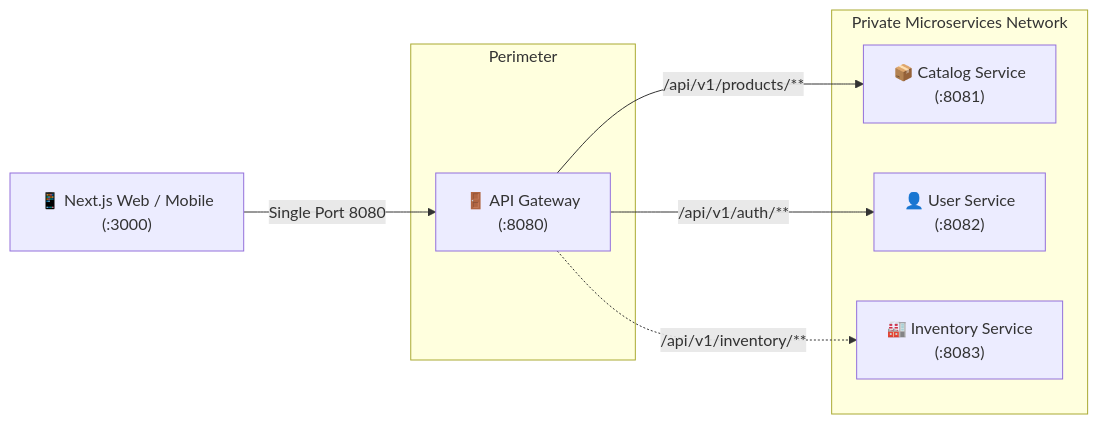
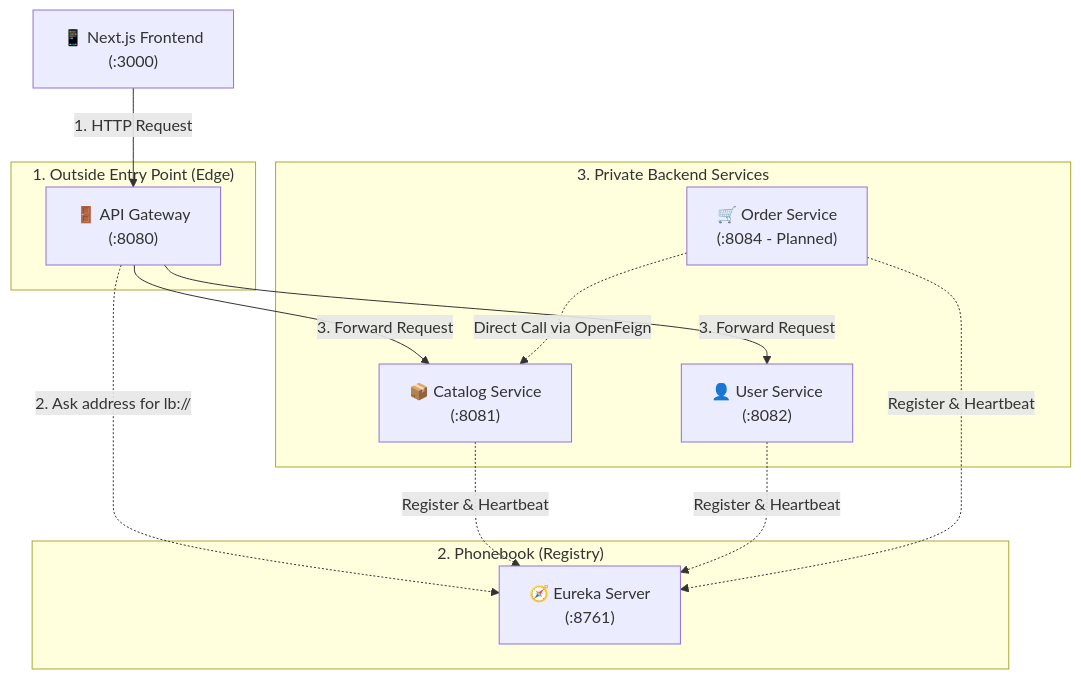
The first of 8 diagrams in FLOW.md (aaron18072002/eSupermarket), drawn with Mermaid before and after one commit. The commit also changed other lines of this file and 35 other files, not shown here.

````diff
--- a/FLOW.md
+++ b/FLOW.md
@@ -9,19 +13,32 @@
 ```mermaid
-graph LR
-    Client["📱 Next.js Web / Mobile\n(:3000)"]
+flowchart TD
+    Client["📱 Next.js Frontend\n(:3000)"]
     
-    subgraph Edge ["Perimeter"]
+    subgraph Edge ["1. Outside Entry Point (Edge)"]
         GW["🚪 API Gateway\n(:8080)"]
     end
 
-    subgraph Backend ["Private Microservices Network"]
+    subgraph Discovery ["2. Phonebook (Registry)"]
+        EUK["🧭 Eureka Server\n(:8761)"]
+    end
+
+    subgraph Internal ["3. Private Backend Services"]
         CS["📦 Catalog Service\n(:8081)"]
         US["👤 User Service\n(:8082)"]
-        IS["🏭 Inventory Service\n(:8083)"]
+        OS["🛒 Order Service\n(:8084 - Planned)"]
     end
 
-    Client -->|Single Port 8080| GW
-    GW -->|/api/v1/products/**| CS
-    GW -->|/api/v1/auth/**| US
-    GW -.->|/api/v1/inventory/**| IS
+    %% North-South Traffic
+    Client -->|1. HTTP Request| GW
+    GW -.->|2. Ask address for lb://| EUK
+    GW -->|3. Forward Request| CS
+    GW -->|3. Forward Request| US
+
+    %% East-West Traffic
+    OS -.->|Direct Call via OpenFeign| CS
+
+    %% Service Registration
+    CS -.->|Register & Heartbeat| EUK
+    US -.->|Register & Heartbeat| EUK
+    OS -.->|Register & Heartbeat| EUK
 ```
````
